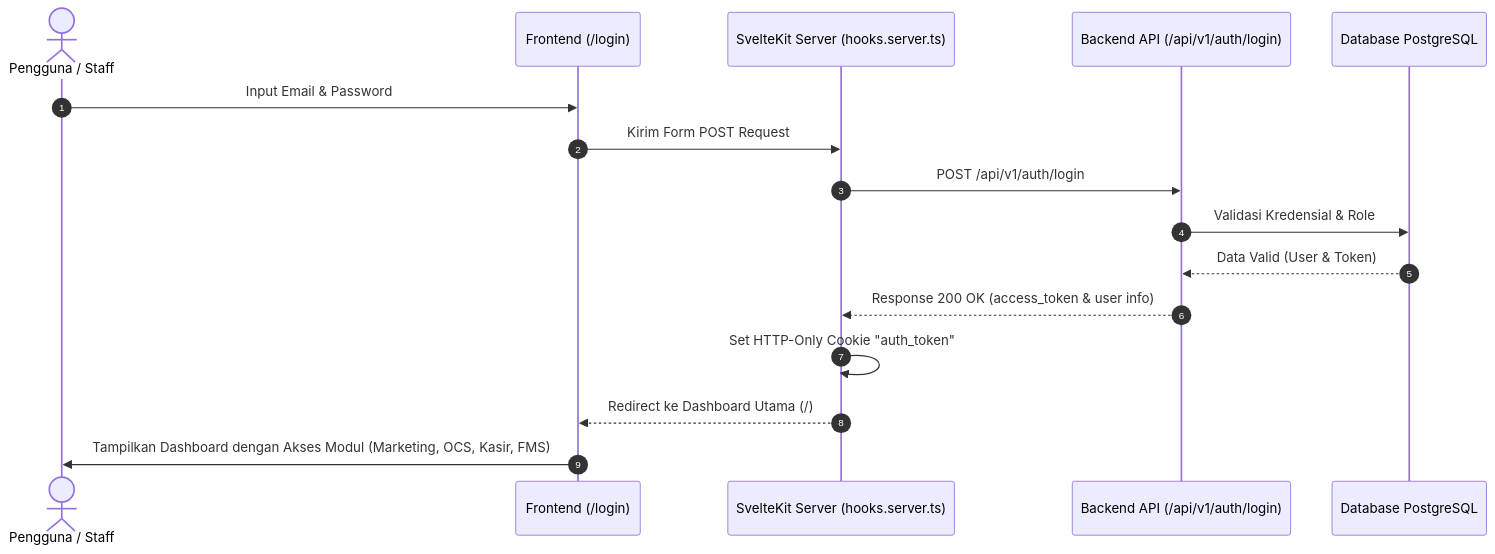
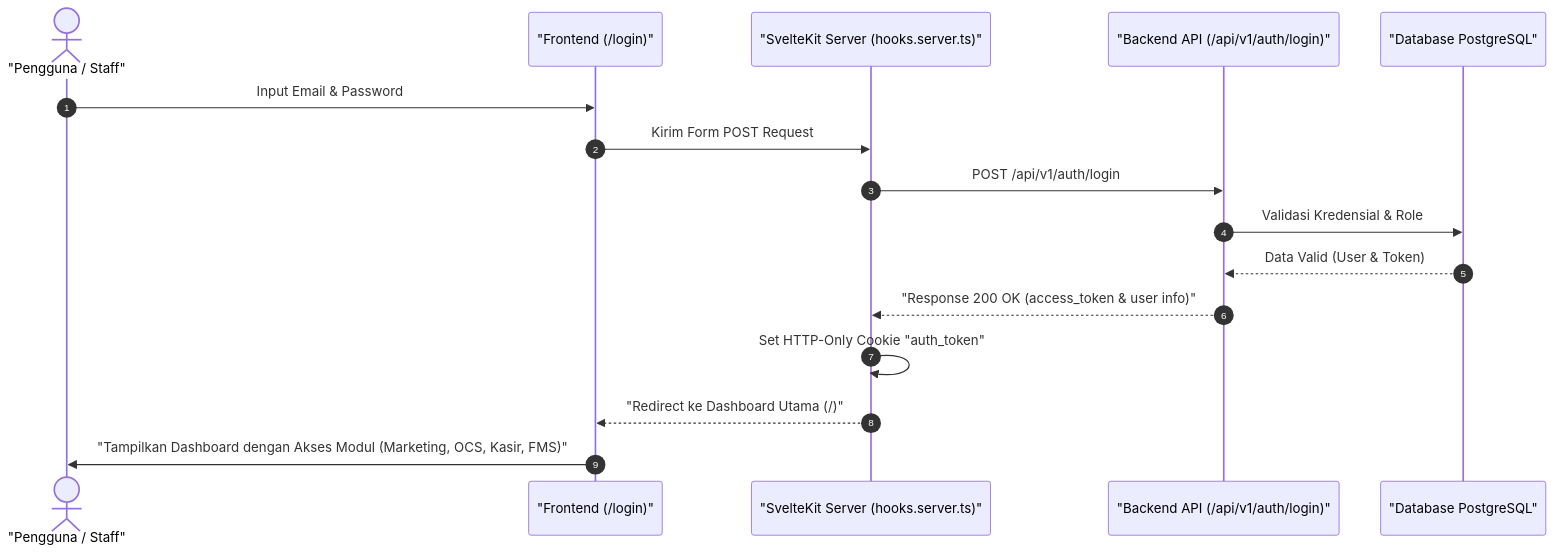
One commit to itbcslogistics/erp-documentation changed the first of 6 diagrams in docs/alur_bisnis.md. Above: the diagram before and after it, drawn with Mermaid. The commit also changed other lines of this file, not shown here.

Commit message:
Fix Mermaid syntax errors by wrapping node text with double quotes for compatibility with Mermaid 11.x on Netlify

````diff
--- a/docs/alur_bisnis.md
+++ b/docs/alur_bisnis.md
@@ -13,19 +13,19 @@
 ```mermaid
 sequenceDiagram
     autonumber
-    actor User as Pengguna / Staff
-    participant FE as Frontend (/login)
-    participant Server as SvelteKit Server (hooks.server.ts)
-    participant API as Backend API (/api/v1/auth/login)
-    participant DB as Database PostgreSQL
+    actor User as "Pengguna / Staff"
+    participant FE as "Frontend (/login)"
+    participant Server as "SvelteKit Server (hooks.server.ts)"
+    participant API as "Backend API (/api/v1/auth/login)"
+    participant DB as "Database PostgreSQL"
 
     User->>FE: Input Email & Password
     FE->>Server: Kirim Form POST Request
     Server->>API: POST /api/v1/auth/login
     API->>DB: Validasi Kredensial & Role
     DB-->>API: Data Valid (User & Token)
-    API-->>Server: Response 200 OK (access_token & user info)
+    API-->>Server: "Response 200 OK (access_token & user info)"
     Server->>Server: Set HTTP-Only Cookie "auth_token"
-    Server-->>FE: Redirect ke Dashboard Utama (/)
-    FE->>User: Tampilkan Dashboard dengan Akses Modul (Marketing, OCS, Kasir, FMS)
+    Server-->>FE: "Redirect ke Dashboard Utama (/)"
+    FE->>User: "Tampilkan Dashboard dengan Akses Modul (Marketing, OCS, Kasir, FMS)"
 ```
````
